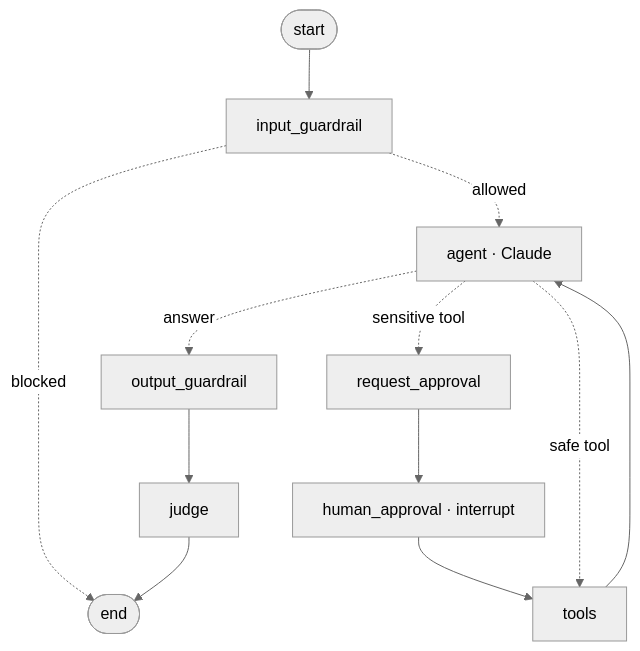
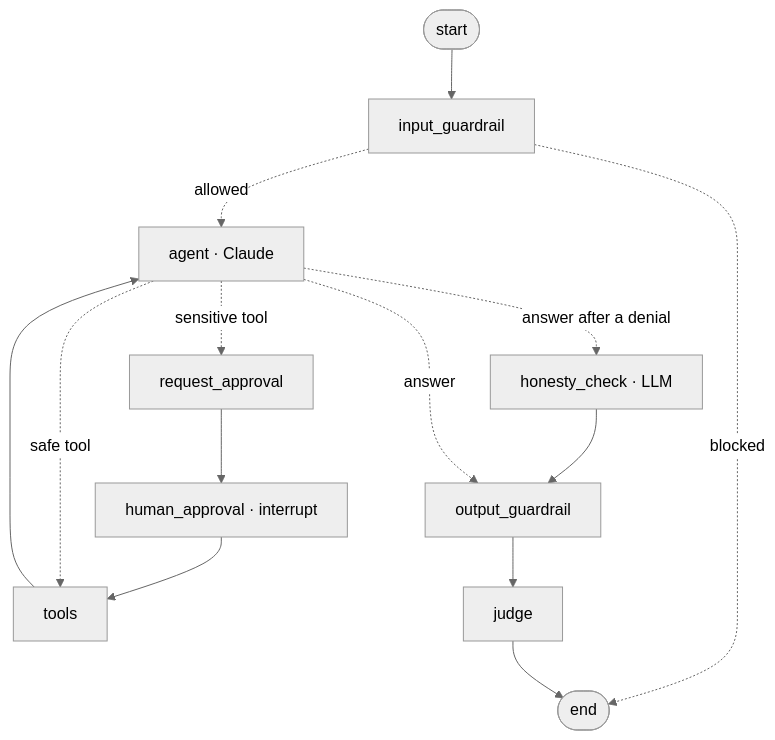
The first of 2 diagrams in README.md (mittuthomas/hellobot-responsible-ai), drawn with Mermaid (neutral theme) before and after one commit. The commit also changed other lines of this file and 5 other files, not shown here.

First line of the commit message:
Use the LLM judge as a guardrail after human denials

````diff
--- a/README.md
+++ b/README.md
@@ -21,14 +21,16 @@
 ```mermaid
 graph TD
     START([start]) --> IG[input_guardrail]
     IG -. blocked .-> END([end])
     IG -. allowed .-> AG[agent · Claude]
     AG -. sensitive tool .-> RA[request_approval]
     RA --> HA[human_approval · interrupt]
     HA --> T[tools]
     AG -. safe tool .-> T
     T --> AG
+    AG -. answer after a denial .-> HC[honesty_check · LLM]
+    HC --> OG
     AG -. answer .-> OG[output_guardrail]
     OG --> J[judge]
     J --> END
 ```
````
